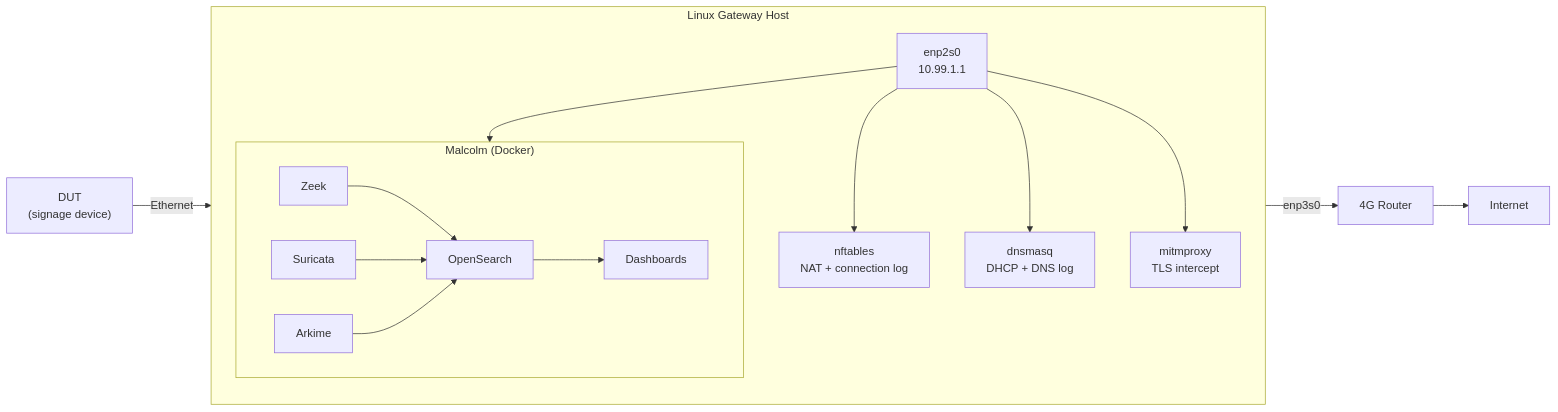
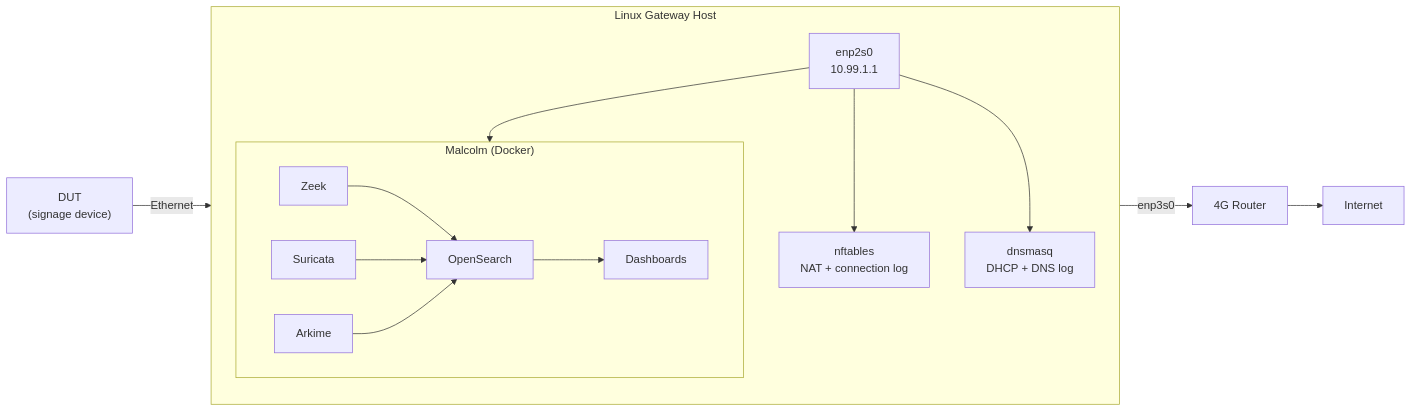
One commit to tommiLipponen/android-test-protocol changed the second of 5 diagrams in LAB-SETUP-GUIDE.md. Above: the diagram before and after it, drawn with Mermaid. The commit also changed other lines of this file, not shown here.

````diff
--- a/LAB-SETUP-GUIDE.md
+++ b/LAB-SETUP-GUIDE.md
@@ -123,22 +110,21 @@
 ```mermaid
 flowchart LR
     DUT["DUT\n(signage device)"] -->|Ethernet| NIC1["enp2s0\n10.99.1.1"]
 
     subgraph GW["Linux Gateway Host"]
         direction TB
         NIC1 --> NFTABLES["nftables\nNAT + connection log"]
         NIC1 --> DNSMASQ["dnsmasq\nDHCP + DNS log"]
-        NIC1 --> MITM["mitmproxy\nTLS intercept"]
         NIC1 --> MALCOLM
         subgraph MALCOLM["Malcolm  (Docker)"]
             direction LR
             ZEEK["Zeek"] --> OS["OpenSearch"]
             SURICATA["Suricata"] --> OS
             ARKIME["Arkime"] --> OS
             OS --> DASH["Dashboards"]
         end
     end
 
     GW -->|enp3s0| R4G["4G Router"]
     R4G --> INET["Internet"]
 ```
````
